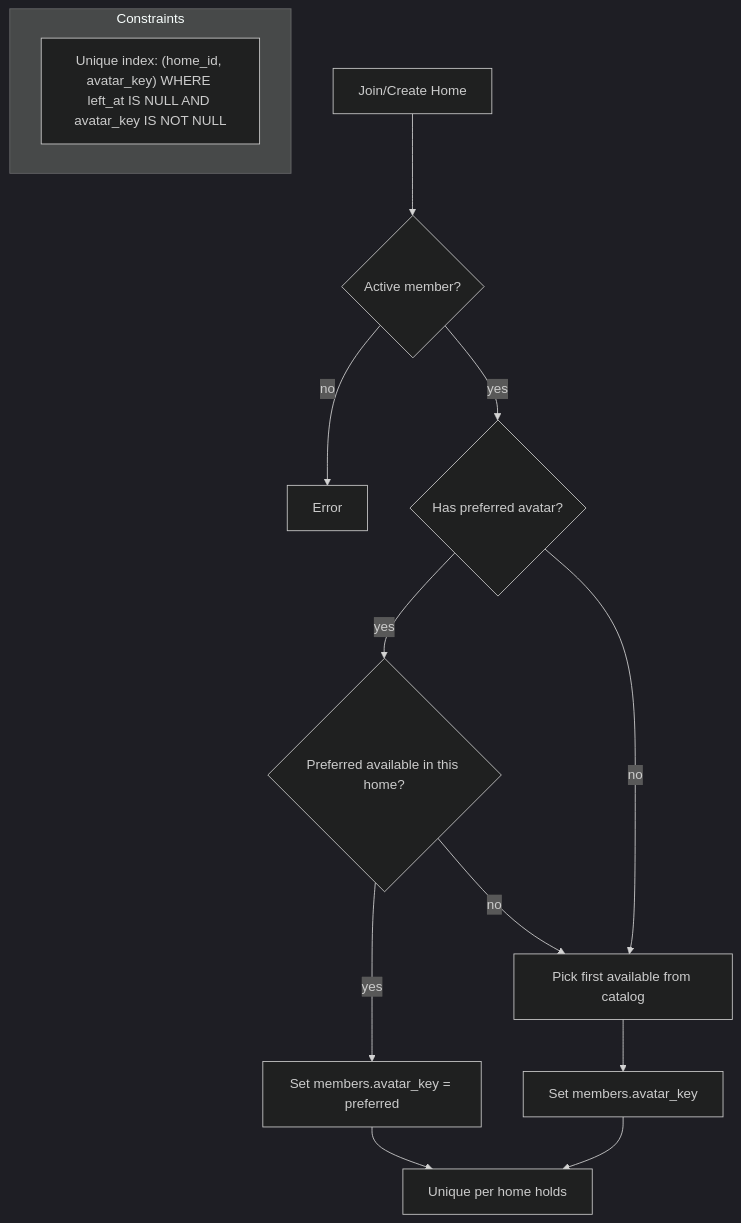
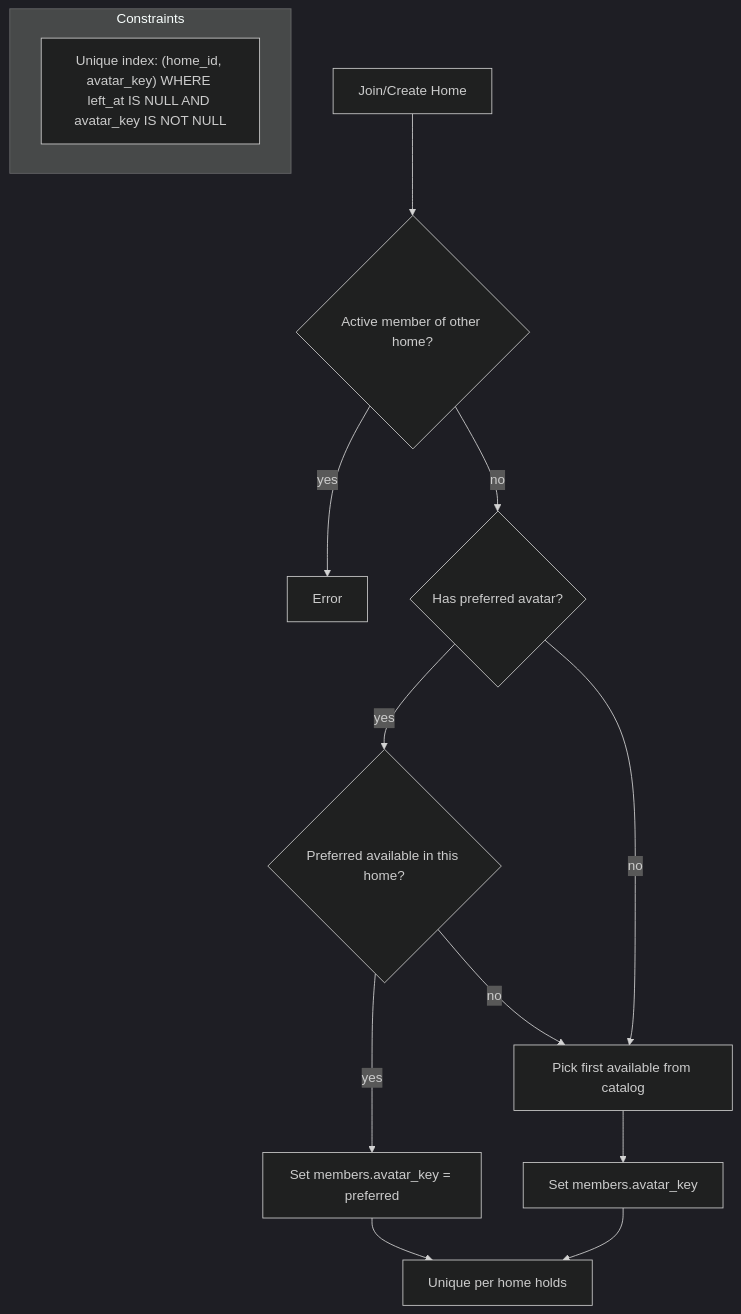
One commit to pariszhuang123/kinly changed the diagram in docs/diagrams/user/avatar_uniqueness.md. Above: the diagram before and after it, drawn with Mermaid (dark theme). The commit also changed 1 other file, not shown here.

Commit message:
Update dart format

````diff
--- a/docs/diagrams/user/avatar_uniqueness.md
+++ b/docs/diagrams/user/avatar_uniqueness.md
@@ -1,17 +1,17 @@
 ```mermaid
 flowchart TD
-  A[Join/Create Home] --> B{Active member?}
-  B -- no --> X[Error]
-  B -- yes --> C{Has preferred avatar?}
+  A[Join/Create Home] --> B{Active member of other home?}
+  B -- yes --> X[Error]
+  B -- no --> C{Has preferred avatar?}
   C -- yes --> D{Preferred available in this home?}
   D -- yes --> E[Set members.avatar_key = preferred]
   D -- no --> F[Pick first available from catalog]
   C -- no --> F
   F --> G[Set members.avatar_key]
   E --> H[Unique per home holds]
   G --> H
 
   subgraph Constraints
     I["Unique index: (home_id, avatar_key) WHERE left_at IS NULL AND avatar_key IS NOT NULL"]
   end
 ```
````
